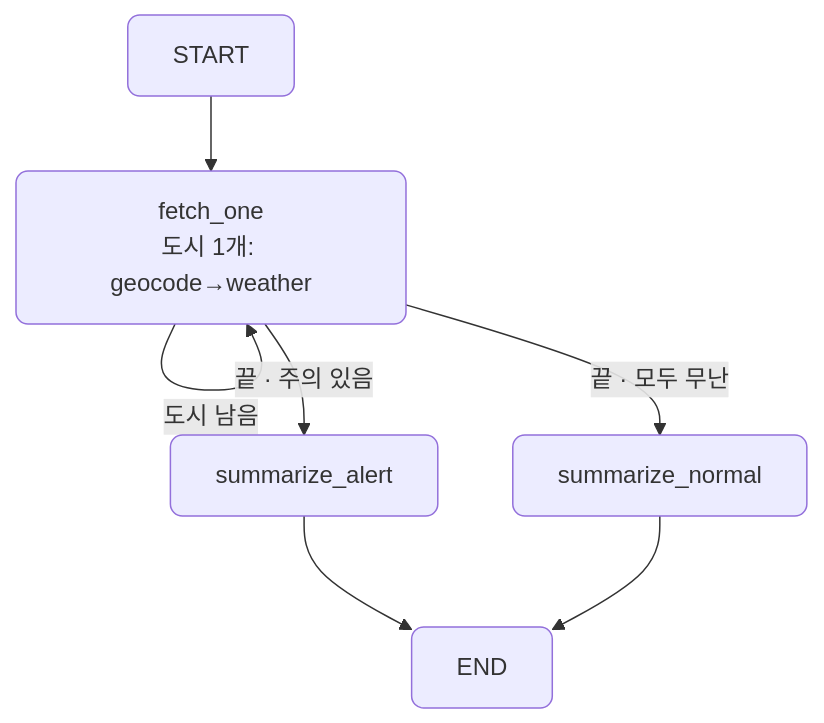
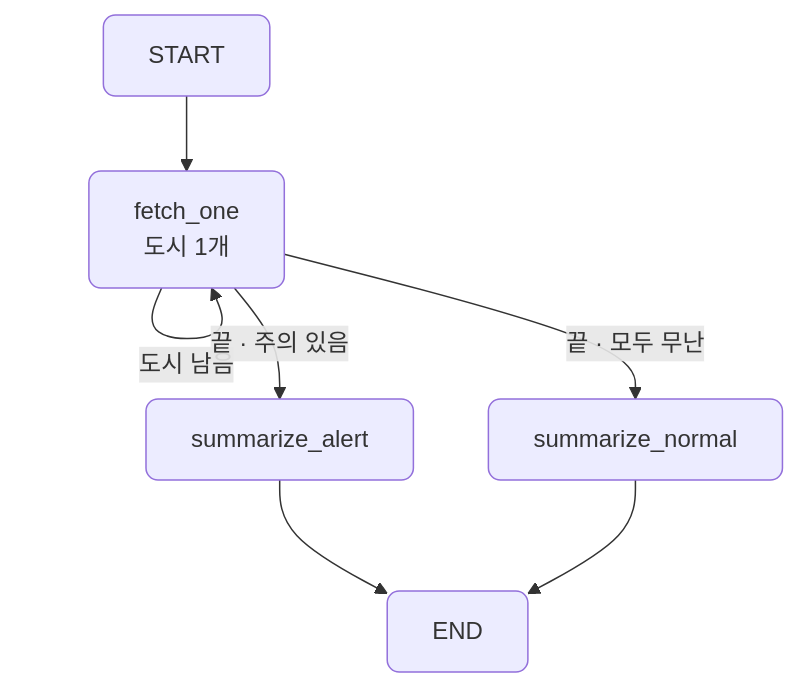
The second of 4 diagrams in docs/section3/lec06/README.md (CodeCompose7/ai_service_engineering), drawn with Mermaid before and after one commit. The commit also changed other lines of this file and 2 other files, not shown here.

````diff
--- a/docs/section3/lec06/README.md
+++ b/docs/section3/lec06/README.md
@@ -47,10 +47,10 @@
 ```mermaid
 flowchart TD
-  S["START"] --> F["fetch_one<br/>도시 1개: geocode→weather"]
+  S["START"] --> F["fetch_one<br/>도시 1개"]
   F -->|"도시 남음"| F
   F -->|"끝 · 주의 있음"| AL["summarize_alert"]
   F -->|"끝 · 모두 무난"| NO["summarize_normal"]
   AL --> E["END"]
   NO --> E
   classDef default rx:8,ry:8;
 ```
````
